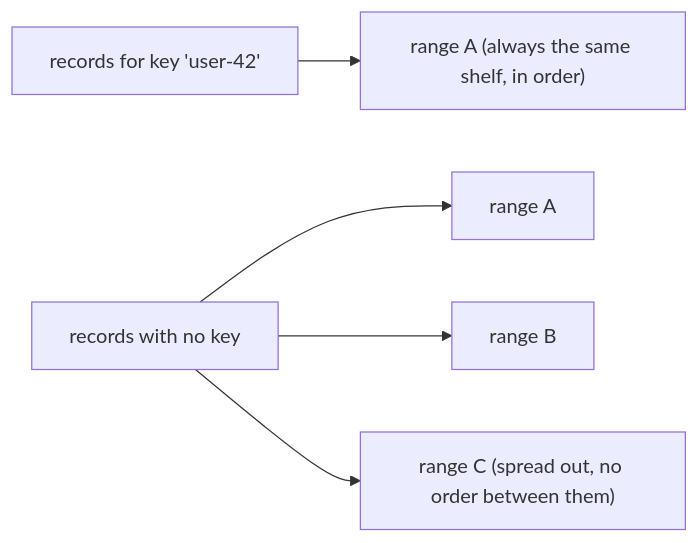
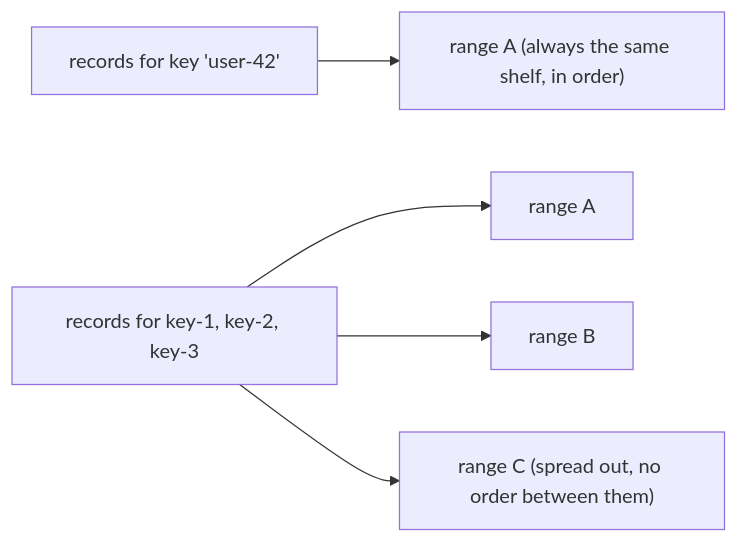
The first of 4 diagrams in docs/guides/produce-and-consume.md (malachi-hq/malachi), drawn with Mermaid before and after one commit. The commit also changed other lines of this file and 240 other files, not shown here.

````diff
--- a/docs/guides/produce-and-consume.md
+++ b/docs/guides/produce-and-consume.md
@@ -39,7 +62,7 @@
 ```mermaid
 flowchart LR
   K1["records for key 'user-42'"] --> R1["range A (always the same shelf, in order)"]
-  K2["records with no key"] --> R2["range A"]
+  K2["records for key-1, key-2, key-3"] --> R2["range A"]
   K2 --> R3["range B"]
   K2 --> R4["range C (spread out, no order between them)"]
 ```
````
